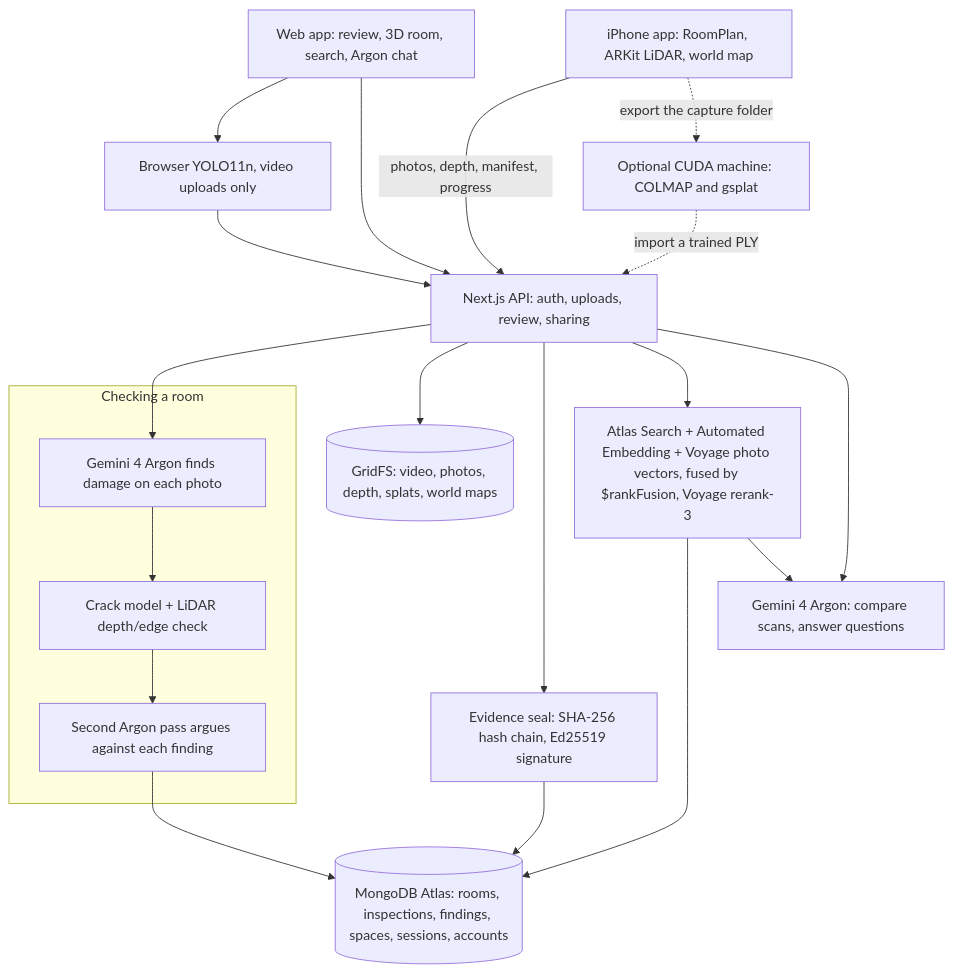
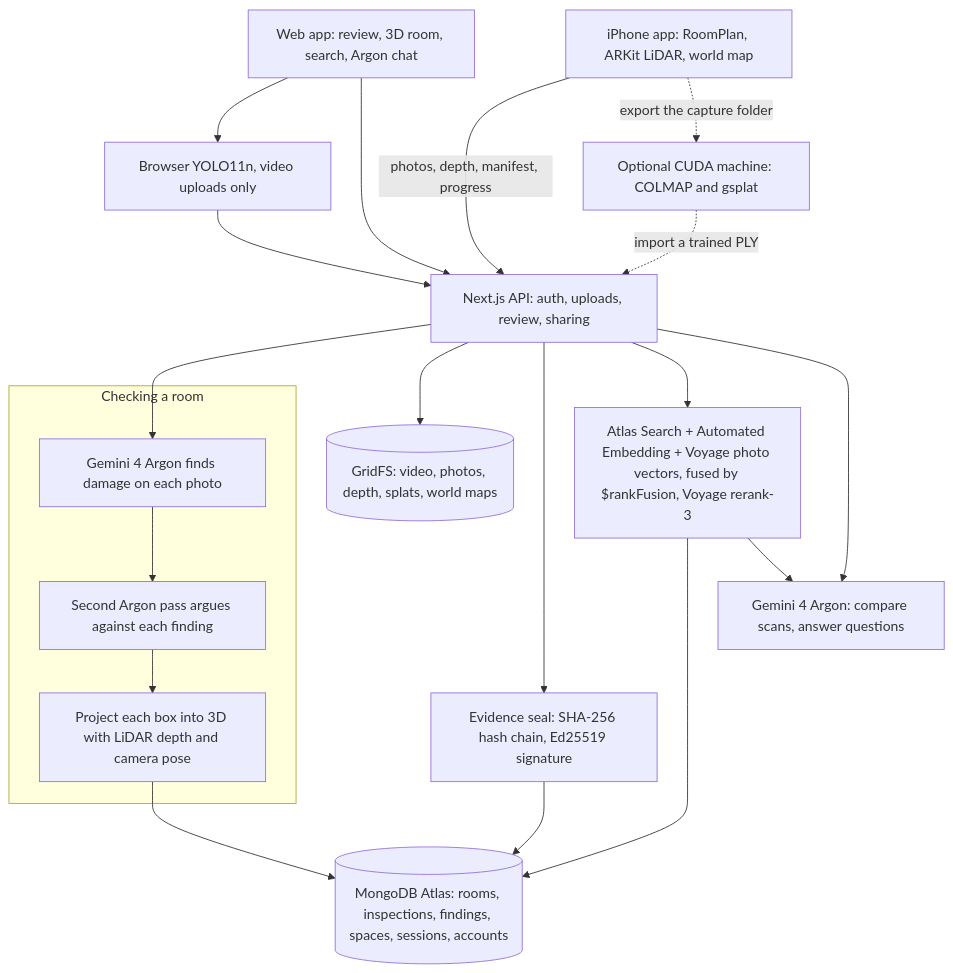
One commit to Borbezzz/Dwelld changed the third of 12 diagrams in README.md. Above: the diagram before and after it, drawn with Mermaid. The commit also changed other lines of this file and 1 other file, not shown here.

First line of the commit message:
Docs: remove crack model from the described pipeline

````diff
--- a/README.md
+++ b/README.md
@@ -107,33 +107,33 @@
 ```mermaid
 flowchart TD
     Web["Web app: review, 3D room, search, Argon chat"]
     Phone["iPhone app: RoomPlan, ARKit LiDAR, world map"]
     Yolo["Browser YOLO11n, video uploads only"]
     API["Next.js API: auth, uploads, review, sharing"]
 
     subgraph checks [Checking a room]
         Detect["Gemini 4 Argon finds damage on each photo"]
-        Crack["Crack model + LiDAR depth/edge check"]
+        Pin["Project each box into 3D with LiDAR depth and camera pose"]
         Verify["Second Argon pass argues against each finding"]
     end
 
     Seal["Evidence seal: SHA-256 hash chain, Ed25519 signature"]
     DB[("MongoDB Atlas: rooms, inspections, findings, spaces, sessions, accounts")]
     Media[("GridFS: video, photos, depth, splats, world maps")]
     Search["Atlas Search + Automated Embedding + Voyage photo vectors, fused by $rankFusion, Voyage rerank-3"]
     Argon["Gemini 4 Argon: compare scans, answer questions"]
     GPU["Optional CUDA machine: COLMAP and gsplat"]
 
     Web --> Yolo --> API
     Web --> API
     Phone -->|photos, depth, manifest, progress| API
-    API --> Detect --> Crack --> Verify
-    Verify --> DB
+    API --> Detect --> Verify --> Pin
+    Pin --> DB
     API --> Media
     API --> Seal --> DB
     API --> Search --> DB
     API --> Argon
     Search --> Argon
     Phone -.->|export the capture folder| GPU
     GPU -.->|import a trained PLY| API
 ```
````
